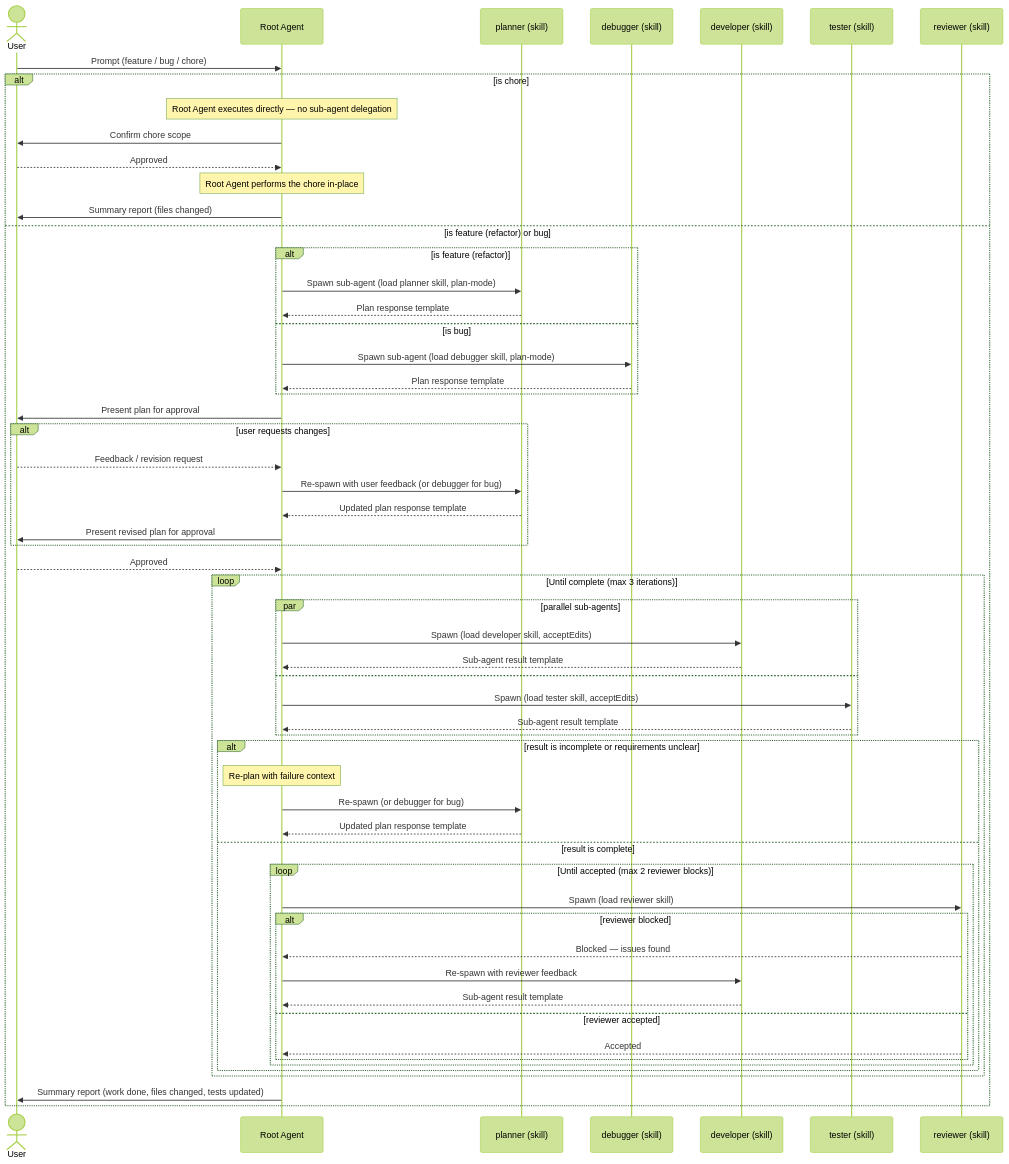
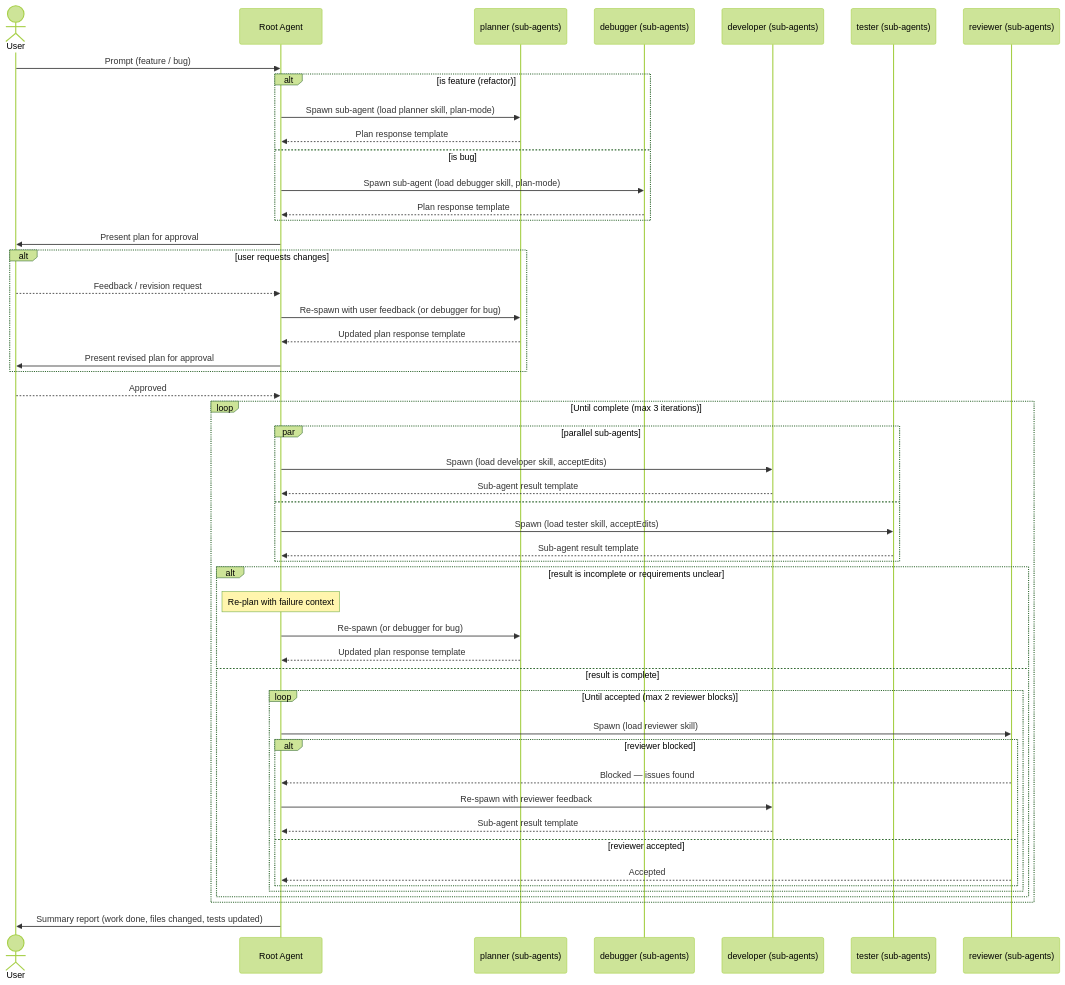
The diagram in src/skills/workflow/SKILL.md (ngmthaq/ai-kit), drawn with Mermaid (forest theme) before and after one commit. The commit also changed other lines of this file and 18 other files, not shown here.

First line of the commit message:
refactor: sub-agent skills and workflow documentation

````diff
--- a/src/skills/workflow/SKILL.md
+++ b/src/skills/workflow/SKILL.md
@@ -32,67 +32,58 @@
 ```mermaid
 sequenceDiagram
     actor User
     participant Root as Root Agent
-    participant Planner as planner (skill)
-    participant Debugger as debugger (skill)
-    participant Developer as developer (skill)
-    participant Tester as tester (skill)
-    participant Reviewer as reviewer (skill)
+    participant Planner as planner (sub-agents)
+    participant Debugger as debugger (sub-agents)
+    participant Developer as developer (sub-agents)
+    participant Tester as tester (sub-agents)
+    participant Reviewer as reviewer (sub-agents)
 
-    User->>Root: Prompt (feature / bug / chore)
+    User->>Root: Prompt (feature / bug)
 
-    alt is chore
-        Note over Root: Root Agent executes directly — no sub-agent delegation
-        Root->>User: Confirm chore scope
-        User-->>Root: Approved
-        Note over Root: Root Agent performs the chore in-place
-        Root->>User: Summary report (files changed)
+    alt is feature (refactor)
+        Root->>Planner: Spawn sub-agent (load planner skill, plan-mode)
+        Planner-->>Root: Plan response template
+    else is bug
+        Root->>Debugger: Spawn sub-agent (load debugger skill, plan-mode)
+        Debugger-->>Root: Plan response template
+    end
 
-    else is feature (refactor) or bug
-        alt is feature (refactor)
-            Root->>Planner: Spawn sub-agent (load planner skill, plan-mode)
-            Planner-->>Root: Plan response template
-        else is bug
-            Root->>Debugger: Spawn sub-agent (load debugger skill, plan-mode)
-            Debugger-->>Root: Plan response template
-        end
+    Root->>User: Present plan for approval
+    alt user requests changes
+        User-->>Root: Feedback / revision request
+        Root->>Planner: Re-spawn with user feedback (or debugger for bug)
+        Planner-->>Root: Updated plan response template
+        Root->>User: Present revised plan for approval
+    end
+    User-->>Root: Approved
 
-        Root->>User: Present plan for approval
-        alt user requests changes
-            User-->>Root: Feedback / revision request
-            Root->>Planner: Re-spawn with user feedback (or debugger for bug)
-            Planner-->>Root: Updated plan response template
-            Root->>User: Present revised plan for approval
-        end
-        User-->>Root: Approved
-
-        loop Until complete (max 3 iterations)
+    loop Until complete (max 3 iterations)
             par parallel sub-agents
                 Root->>Developer: Spawn (load developer skill, acceptEdits)
                 Developer-->>Root: Sub-agent result template
             and
                 Root->>Tester: Spawn (load tester skill, acceptEdits)
                 Tester-->>Root: Sub-agent result template
             end
 
             alt result is incomplete or requirements unclear
                 Note over Root: Re-plan with failure context
                 Root->>Planner: Re-spawn (or debugger for bug)
                 Planner-->>Root: Updated plan response template
             else result is complete
                 loop Until accepted (max 2 reviewer blocks)
                     Root->>Reviewer: Spawn (load reviewer skill)
                     alt reviewer blocked
                         Reviewer-->>Root: Blocked — issues found
                         Root->>Developer: Re-spawn with reviewer feedback
                         Developer-->>Root: Sub-agent result template
                     else reviewer accepted
                         Reviewer-->>Root: Accepted
                     end
                 end
             end
         end
 
         Root->>User: Summary report (work done, files changed, tests updated)
-    end
 ```
````
